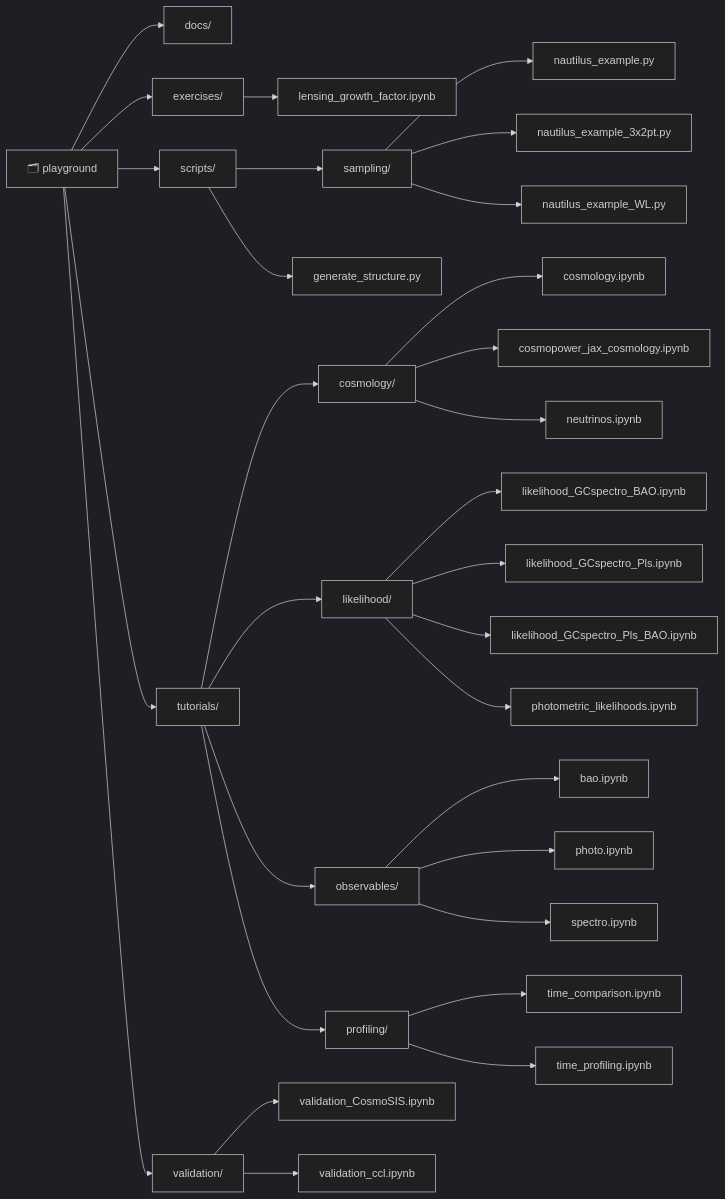
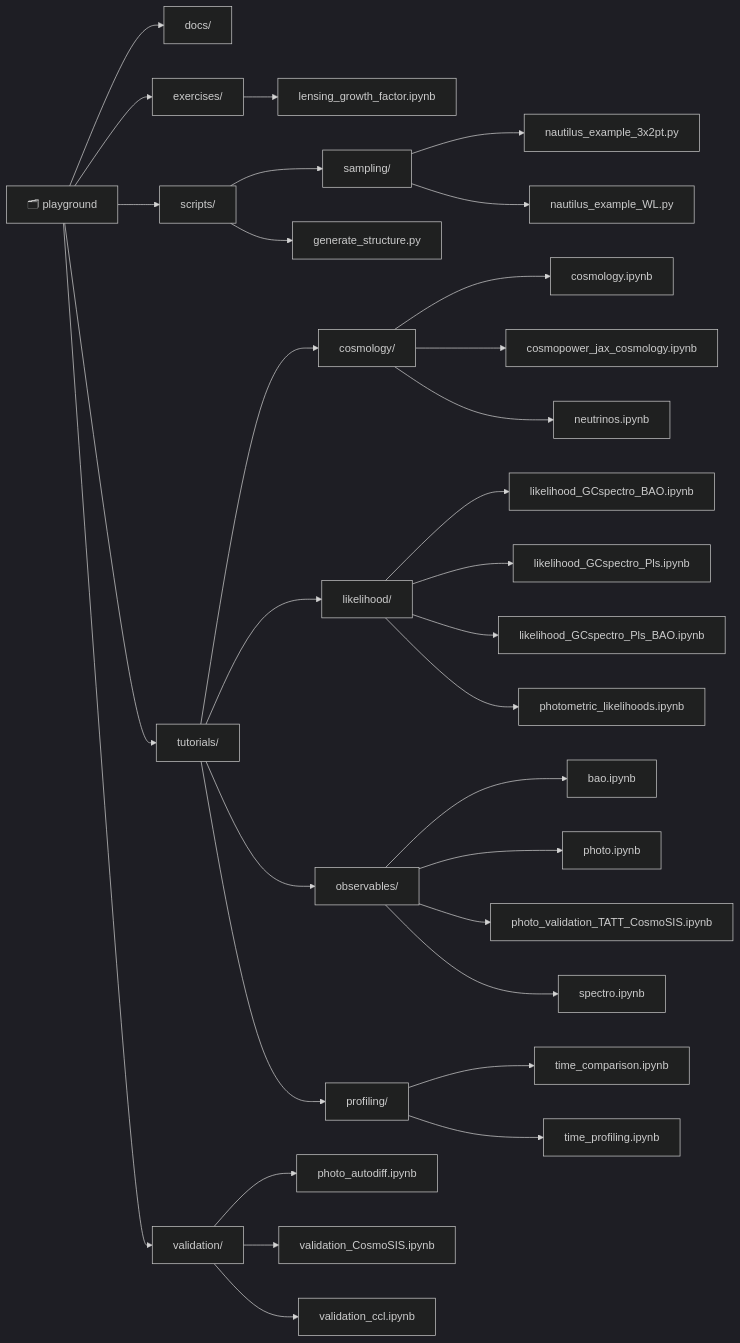
The diagram in README.md (cloe-org/playground), drawn with Mermaid (dark theme) before and after one commit.

Commit message:
docs: update repository structure diagram [skip ci]

````diff
--- a/README.md
+++ b/README.md
@@ -42,63 +42,65 @@
 ```mermaid
 graph LR
     root[🗂 playground]
     root__docs[docs/]
     root__exercises[exercises/]
     root__exercises__lensing_growth_factor_ipynb[lensing_growth_factor.ipynb]
     root__scripts[scripts/]
     root__scripts__sampling[sampling/]
-    root__scripts__sampling__nautilus_example_py[nautilus_example.py]
     root__scripts__sampling__nautilus_example_3x2pt_py[nautilus_example_3x2pt.py]
     root__scripts__sampling__nautilus_example_WL_py[nautilus_example_WL.py]
     root__scripts__generate_structure_py[generate_structure.py]
     root__tutorials[tutorials/]
     root__tutorials__cosmology[cosmology/]
     root__tutorials__cosmology__cosmology_ipynb[cosmology.ipynb]
     root__tutorials__cosmology__cosmopower_jax_cosmology_ipynb[cosmopower_jax_cosmology.ipynb]
     root__tutorials__cosmology__neutrinos_ipynb[neutrinos.ipynb]
     root__tutorials__likelihood[likelihood/]
     root__tutorials__likelihood__likelihood_GCspectro_BAO_ipynb[likelihood_GCspectro_BAO.ipynb]
     root__tutorials__likelihood__likelihood_GCspectro_Pls_ipynb[likelihood_GCspectro_Pls.ipynb]
     root__tutorials__likelihood__likelihood_GCspectro_Pls_BAO_ipynb[likelihood_GCspectro_Pls_BAO.ipynb]
     root__tutorials__likelihood__photometric_likelihoods_ipynb[photometric_likelihoods.ipynb]
     root__tutorials__observables[observables/]
     root__tutorials__observables__bao_ipynb[bao.ipynb]
     root__tutorials__observables__photo_ipynb[photo.ipynb]
+    root__tutorials__observables__photo_validation_TATT_CosmoSIS_ipynb[photo_validation_TATT_CosmoSIS.ipynb]
     root__tutorials__observables__spectro_ipynb[spectro.ipynb]
     root__tutorials__profiling[profiling/]
     root__tutorials__profiling__time_comparison_ipynb[time_comparison.ipynb]
     root__tutorials__profiling__time_profiling_ipynb[time_profiling.ipynb]
     root__validation[validation/]
+    root__validation__photo_autodiff_ipynb[photo_autodiff.ipynb]
     root__validation__validation_CosmoSIS_ipynb[validation_CosmoSIS.ipynb]
     root__validation__validation_ccl_ipynb[validation_ccl.ipynb]
 
     root --> root__docs
     root --> root__exercises
     root__exercises --> root__exercises__lensing_growth_factor_ipynb
     root --> root__scripts
     root__scripts --> root__scripts__sampling
-    root__scripts__sampling --> root__scripts__sampling__nautilus_example_py
     root__scripts__sampling --> root__scripts__sampling__nautilus_example_3x2pt_py
     root__scripts__sampling --> root__scripts__sampling__nautilus_example_WL_py
     root__scripts --> root__scripts__generate_structure_py
     root --> root__tutorials
     root__tutorials --> root__tutorials__cosmology
     root__tutorials__cosmology --> root__tutorials__cosmology__cosmology_ipynb
     root__tutorials__cosmology --> root__tutorials__cosmology__cosmopower_jax_cosmology_ipynb
     root__tutorials__cosmology --> root__tutorials__cosmology__neutrinos_ipynb
     root__tutorials --> root__tutorials__likelihood
     root__tutorials__likelihood --> root__tutorials__likelihood__likelihood_GCspectro_BAO_ipynb
     root__tutorials__likelihood --> root__tutorials__likelihood__likelihood_GCspectro_Pls_ipynb
     root__tutorials__likelihood --> root__tutorials__likelihood__likelihood_GCspectro_Pls_BAO_ipynb
     root__tutorials__likelihood --> root__tutorials__likelihood__photometric_likelihoods_ipynb
     root__tutorials --> root__tutorials__observables
     root__tutorials__observables --> root__tutorials__observables__bao_ipynb
     root__tutorials__observables --> root__tutorials__observables__photo_ipynb
+    root__tutorials__observables --> root__tutorials__observables__photo_validation_TATT_CosmoSIS_ipynb
     root__tutorials__observables --> root__tutorials__observables__spectro_ipynb
     root__tutorials --> root__tutorials__profiling
     root__tutorials__profiling --> root__tutorials__profiling__time_comparison_ipynb
     root__tutorials__profiling --> root__tutorials__profiling__time_profiling_ipynb
     root --> root__validation
+    root__validation --> root__validation__photo_autodiff_ipynb
     root__validation --> root__validation__validation_CosmoSIS_ipynb
     root__validation --> root__validation__validation_ccl_ipynb
 ```
````
